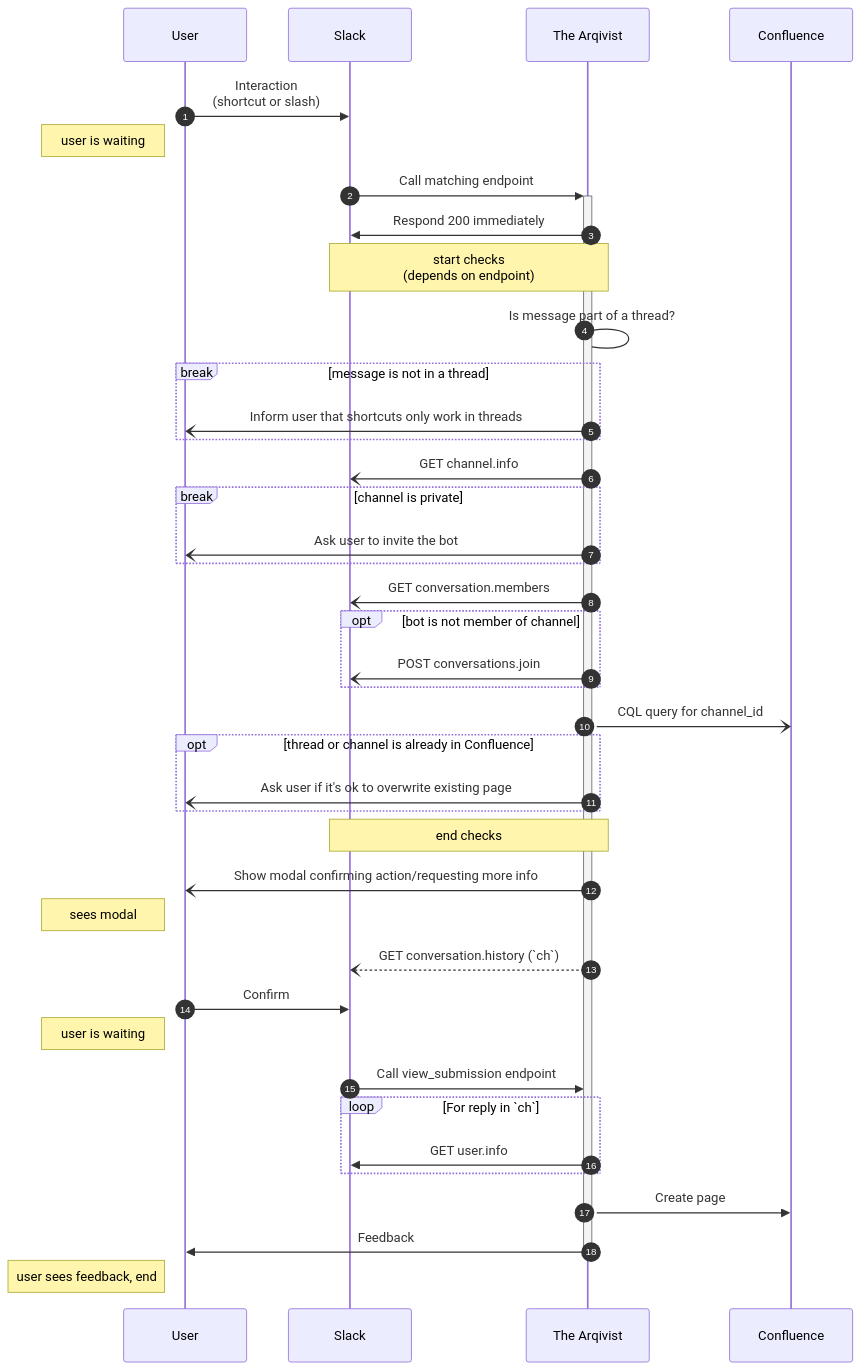
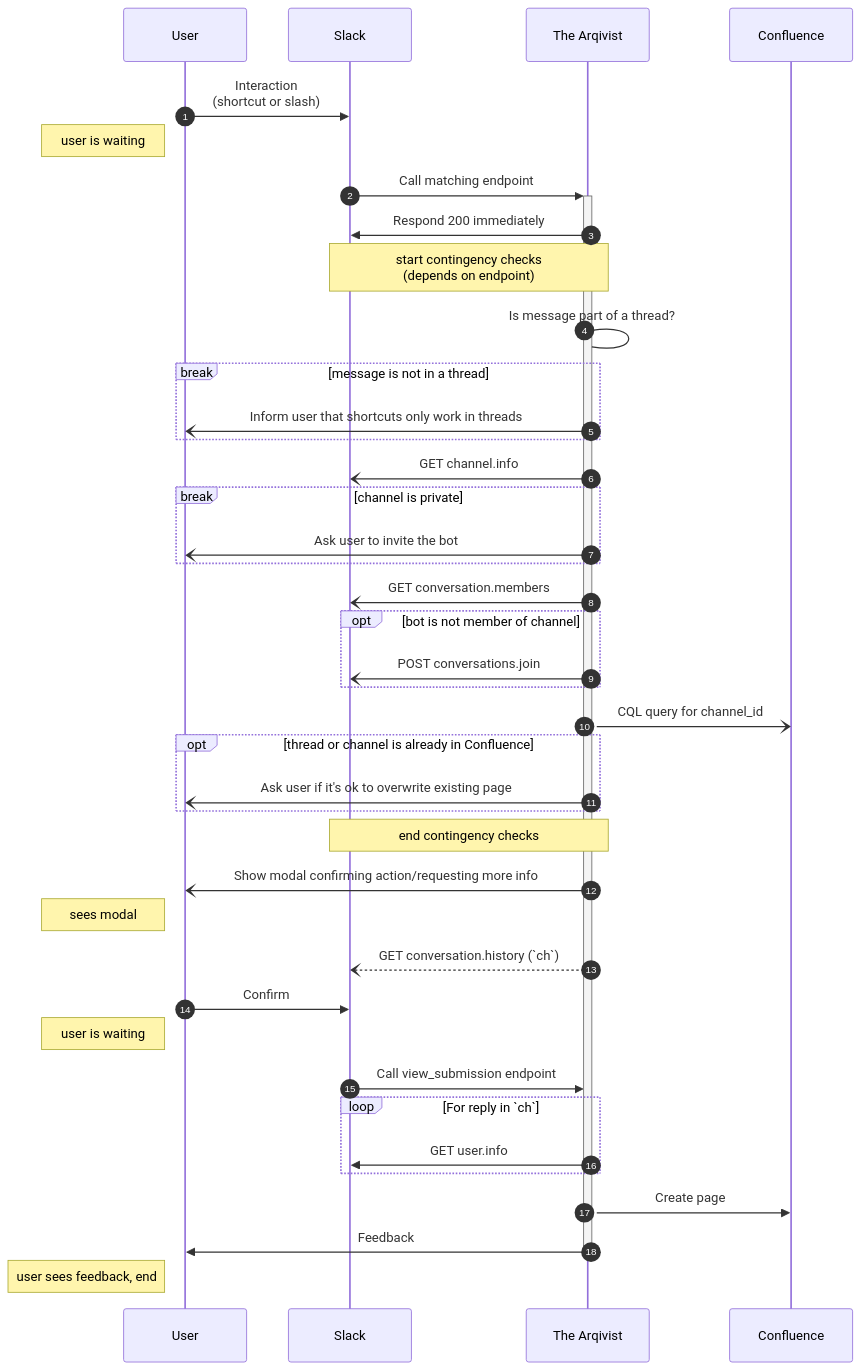
One commit to jcpsantiago/thearqivist changed the diagram in docs/internals.md. Above: the diagram before and after it, drawn with Mermaid. The commit also changed other lines of this file, not shown here.

````diff
--- a/docs/internals.md
+++ b/docs/internals.md
@@ -3,42 +7,42 @@
 ```mermaid
 sequenceDiagram
     autonumber
     participant U as User
     participant S as Slack
     participant A as The Arqivist
     participant C as Confluence
     U->>S: Interaction<br>(shortcut or slash)
     Note left of U: user is waiting
     S->>+A: Call matching endpoint
     A->>S: Respond 200 immediately
-    Note over S,A: start checks<br>(depends on endpoint)
+    Note over S,A: start contingency checks<br>(depends on endpoint)
     A->A: Is message part of a thread?
     break message is not in a thread
         A-)U: Inform user that shortcuts only work in threads
     end
     A-)S: GET channel.info
     break channel is private
         A-)U: Ask user to invite the bot
     end
     A-)S: GET conversation.members
     opt bot is not member of channel
         A-)S: POST conversations.join
     end
     A-)C: CQL query for channel_id
     opt thread or channel is already in Confluence
         A-)U: Ask user if it's ok to overwrite existing page
     end
-    Note over S,A: end checks
+    Note over S,A: end contingency checks
     A-)U: Show modal confirming action/requesting more info
     Note left of U: sees modal
     A--)S: GET conversation.history (`ch`)
     U->>S: Confirm
     Note left of U: user is waiting
     S->>A: Call view_submission endpoint
     loop For reply in `ch`
         A->>S: GET user.info
     end
     A->>C: Create page
     A->>-U: Feedback
     Note left of U: user sees feedback, end
 ```
````
